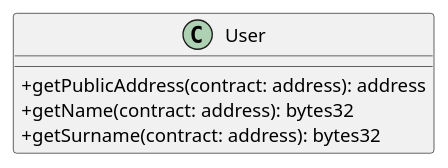
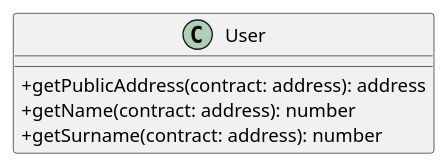
One commit to M9k/Marvin-Uml changed the diagram in web3function/file/User.iuml. Above: the diagram before and after it, drawn with PlantUML. The commit also changed 13 other files, not shown here.

```diff
--- a/web3function/file/User.iuml
+++ b/web3function/file/User.iuml
@@ -1,8 +1,8 @@
 @startuml
 skinparam classAttributeIconSize 0
 class User{
 + getPublicAddress(contract: address): address
-+ getName(contract: address): bytes32
-+ getSurname(contract: address): bytes32
++ getName(contract: address): number
++ getSurname(contract: address): number
 }
 @enduml
```
